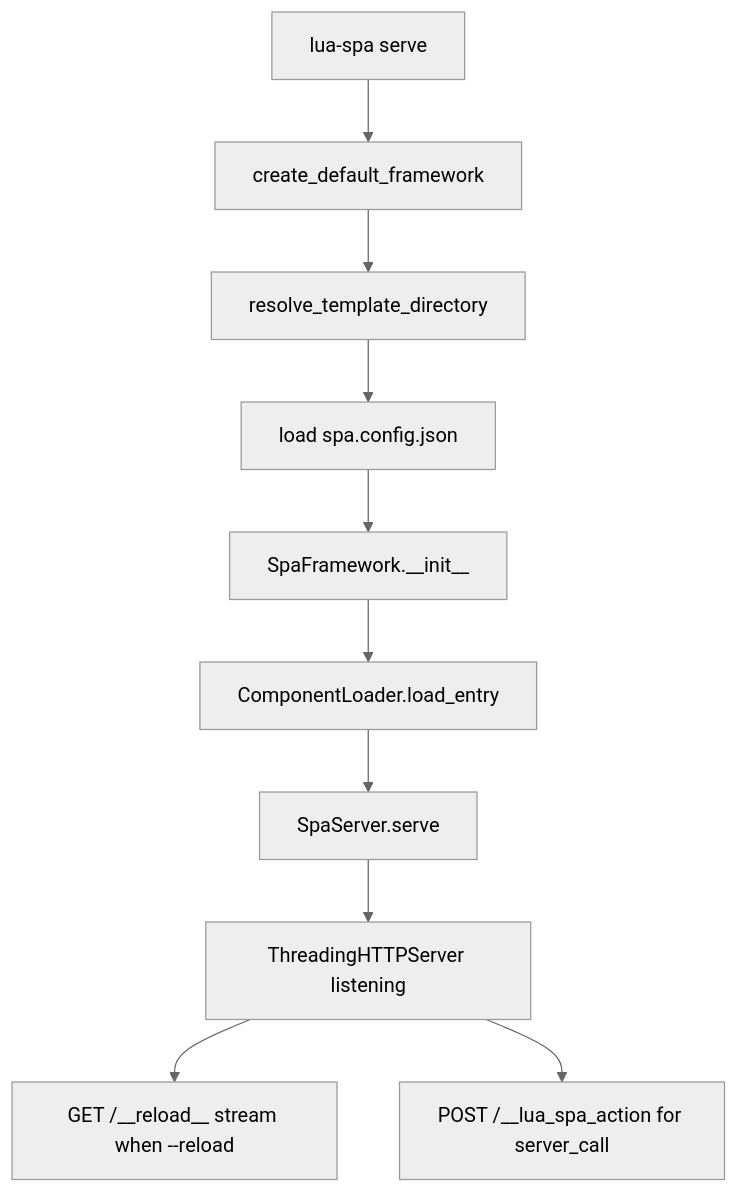
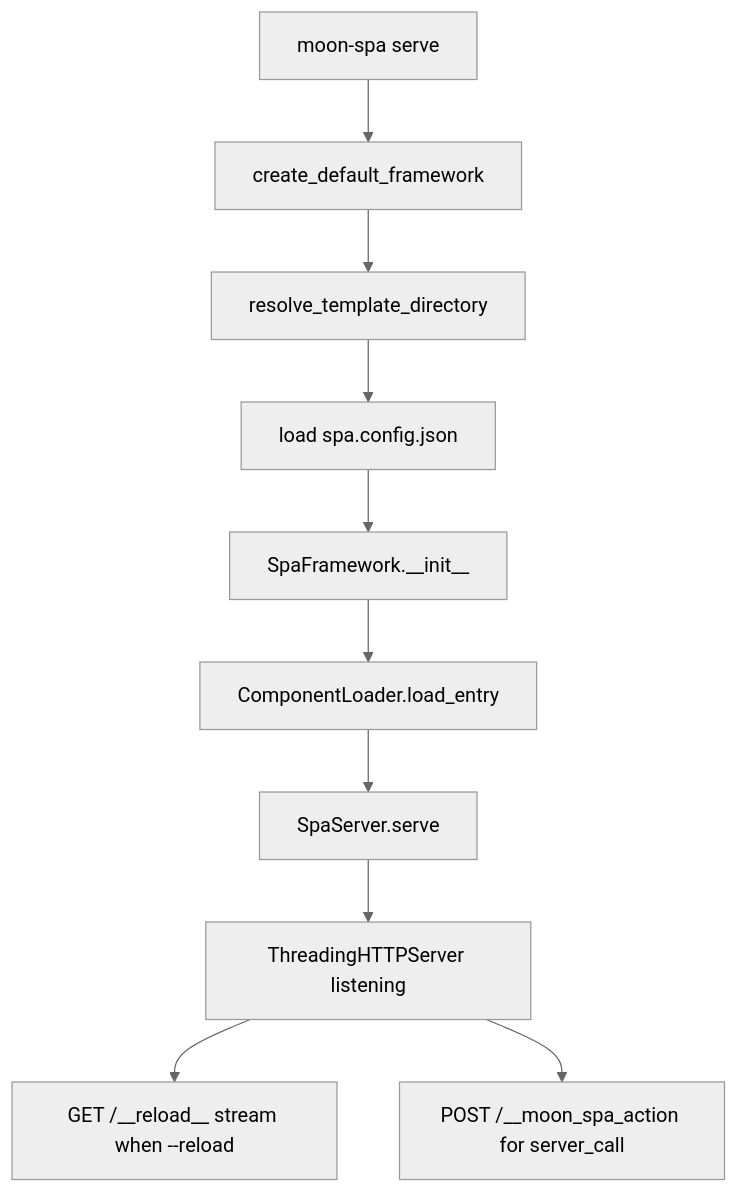
One commit to roderiano/lua-spa changed the diagram in docs/docs/api/cli.md. Above: the diagram before and after it, drawn with Mermaid (neutral theme). The commit also changed other lines of this file and 90 other files, not shown here.

````diff
--- a/docs/docs/api/cli.md
+++ b/docs/docs/api/cli.md
@@ -133,12 +133,12 @@
 ```mermaid
 flowchart TD
-    A[lua-spa serve] --> B[create_default_framework]
+    A[moon-spa serve] --> B[create_default_framework]
     B --> C[resolve_template_directory]
     C --> D["load spa.config.json"]
     D --> E[SpaFramework.__init__]
     E --> F[ComponentLoader.load_entry]
     F --> G[SpaServer.serve]
     G --> H[ThreadingHTTPServer listening]
     H --> I[GET /__reload__ stream when --reload]
-    H --> J[POST /__lua_spa_action for server_call]
+    H --> J[POST /__moon_spa_action for server_call]
 ```
````
